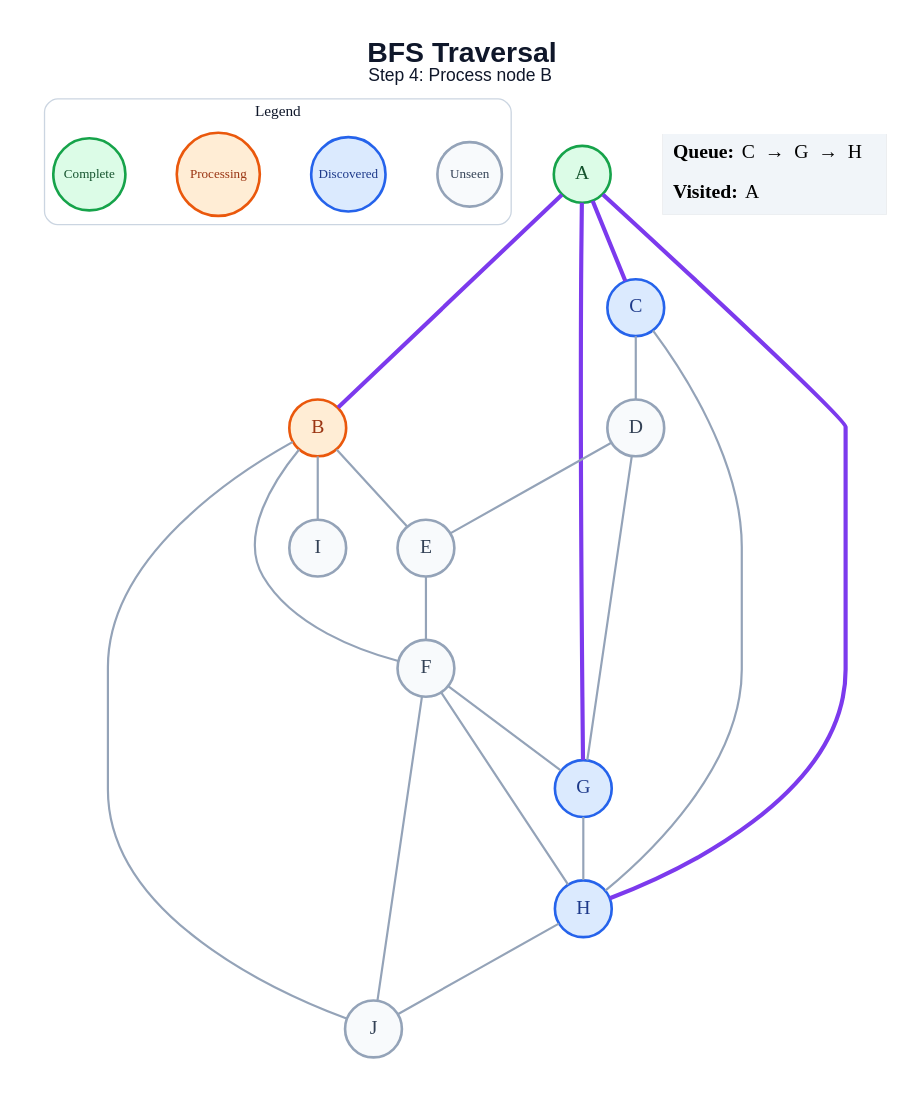
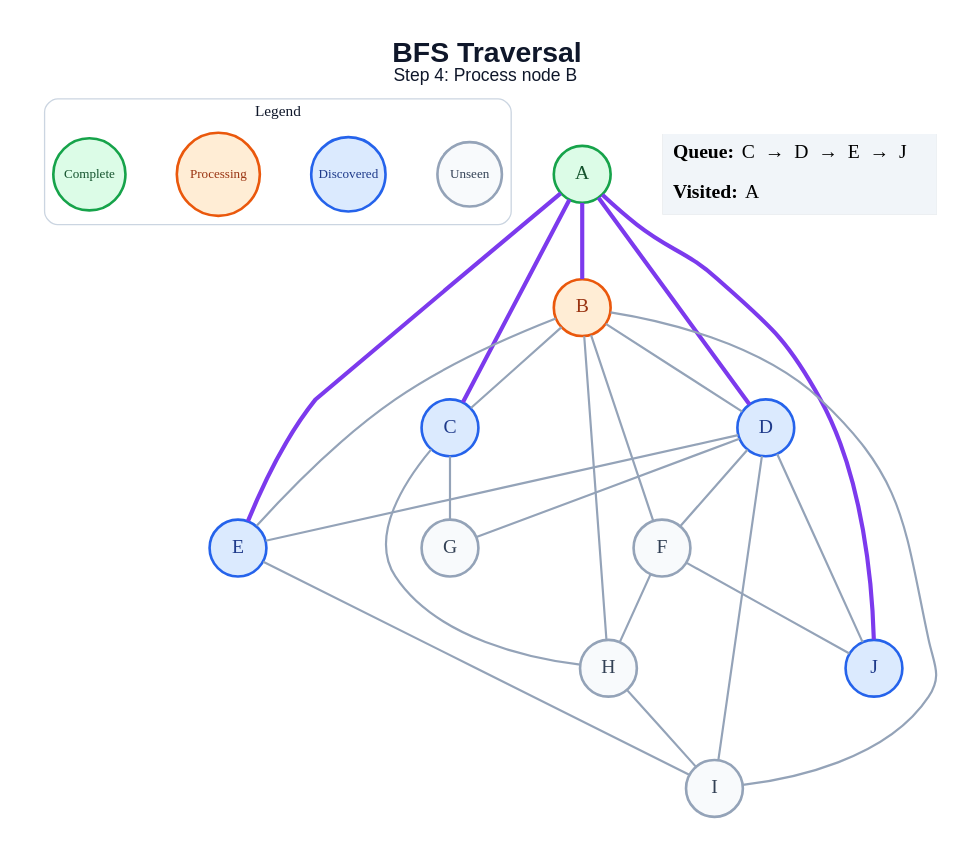
The diagram in generated/bfs/step_04.dot (anon7238593-create/ai-slop), drawn with Graphviz before and after one commit. The commit also changed 178 other files, not shown here.

```diff
--- a/generated/bfs/step_04.dot
+++ b/generated/bfs/step_04.dot
@@ -1,47 +1,51 @@
 graph traversal {
   graph [layout=dot, rankdir=TB, bgcolor="#FFFFFF", pad="0.35", nodesep="0.65", ranksep="0.8", fontname="Arial"];
   node [shape=circle, style="filled", fontname="Arial Bold", fontsize=18, width=0.72, fixedsize=true, penwidth=2.4];
   edge [color="#94A3B8", penwidth=2.0];
   label=<<B>BFS Traversal</B><BR/><FONT POINT-SIZE="16">Step 4: Process node B</FONT>>; labelloc="t"; fontsize=26; fontname="Arial"; fontcolor="#0F172A";
   subgraph cluster_legend { label="Legend"; color="#CBD5E1"; penwidth=1.2; style="rounded"; fontsize=14; fontname="Arial Bold";
     key_unseen [label="Unseen", fillcolor="#F8FAFC", color="#94A3B8", fontcolor="#334155", fontsize=12, width=0.82];
     key_frontier [label="Discovered", fillcolor="#DBEAFE", color="#2563EB", fontcolor="#1E3A8A", fontsize=12, width=0.95];
     key_current [label="Processing", fillcolor="#FFEDD5", color="#EA580C", fontcolor="#9A3412", fontsize=12, width=1.05];
     key_done [label="Complete", fillcolor="#DCFCE7", color="#16A34A", fontcolor="#14532D", fontsize=12, width=0.92];
     { rank=same; key_unseen; key_frontier; key_current; key_done; }
   }
   A [fillcolor="#DCFCE7", color="#16A34A", fontcolor="#14532D"];
   B [fillcolor="#FFEDD5", color="#EA580C", fontcolor="#9A3412"];
   C [fillcolor="#DBEAFE", color="#2563EB", fontcolor="#1E3A8A"];
-  D [fillcolor="#F8FAFC", color="#94A3B8", fontcolor="#334155"];
-  E [fillcolor="#F8FAFC", color="#94A3B8", fontcolor="#334155"];
+  D [fillcolor="#DBEAFE", color="#2563EB", fontcolor="#1E3A8A"];
+  E [fillcolor="#DBEAFE", color="#2563EB", fontcolor="#1E3A8A"];
   F [fillcolor="#F8FAFC", color="#94A3B8", fontcolor="#334155"];
-  G [fillcolor="#DBEAFE", color="#2563EB", fontcolor="#1E3A8A"];
-  H [fillcolor="#DBEAFE", color="#2563EB", fontcolor="#1E3A8A"];
+  G [fillcolor="#F8FAFC", color="#94A3B8", fontcolor="#334155"];
+  H [fillcolor="#F8FAFC", color="#94A3B8", fontcolor="#334155"];
   I [fillcolor="#F8FAFC", color="#94A3B8", fontcolor="#334155"];
-  J [fillcolor="#F8FAFC", color="#94A3B8", fontcolor="#334155"];
+  J [fillcolor="#DBEAFE", color="#2563EB", fontcolor="#1E3A8A"];
   A -- B [color="#7C3AED", penwidth=3.8];
   A -- C [color="#7C3AED", penwidth=3.8];
-  A -- G [color="#7C3AED", penwidth=3.8];
-  A -- H [color="#7C3AED", penwidth=3.8];
+  A -- D [color="#7C3AED", penwidth=3.8];
+  A -- E [color="#7C3AED", penwidth=3.8];
+  A -- J [color="#7C3AED", penwidth=3.8];
+  B -- C;
+  B -- D;
   B -- E;
   B -- F;
+  B -- H;
   B -- I;
-  B -- J;
-  C -- D;
+  C -- G;
   C -- H;
   D -- E;
+  D -- F;
   D -- G;
-  E -- F;
-  F -- G;
+  D -- I;
+  D -- J;
+  E -- I;
   F -- H;
   F -- J;
-  G -- H;
-  H -- J;
+  H -- I;
   status [shape=plain, fixedsize=false, width=0, height=0, margin=0, label=<
     <TABLE BORDER="0" CELLBORDER="0" CELLPADDING="7" BGCOLOR="#F1F5F9">
-      <TR><TD ALIGN="LEFT"><B>Queue:</B> C  →  G  →  H</TD></TR>
+      <TR><TD ALIGN="LEFT"><B>Queue:</B> C  →  D  →  E  →  J</TD></TR>
       <TR><TD ALIGN="LEFT"><B>Visited:</B> A</TD></TR>
     </TABLE>
   >];
 }
```
